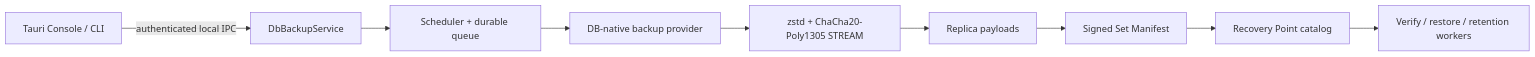
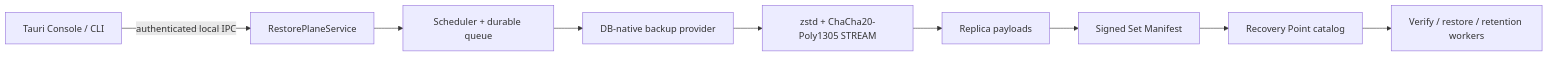
One commit to Dannykkh/restoreplane changed the diagram in README.en.md. Above: the diagram before and after it, drawn with Mermaid. The commit also changed other lines of this file and 842 other files, not shown here.

First line of the commit message:
refactor!: rename project to RestorePlane

````diff
--- a/README.en.md
+++ b/README.en.md
@@ -135,11 +143,11 @@
 ```mermaid
 flowchart LR
-    UI["Tauri Console / CLI"] -->|"authenticated local IPC"| SVC["DbBackupService"]
+    UI["Tauri Console / CLI"] -->|"authenticated local IPC"| SVC["RestorePlaneService"]
     SVC --> SCH["Scheduler + durable queue"]
     SCH --> SRC["DB-native backup provider"]
     SRC --> PIPE["zstd + ChaCha20-Poly1305 STREAM"]
     PIPE --> DST["Replica payloads"]
     DST --> MAN["Signed Set Manifest"]
     MAN --> CAT["Recovery Point catalog"]
     CAT --> VER["Verify / restore / retention workers"]
 ```
````
